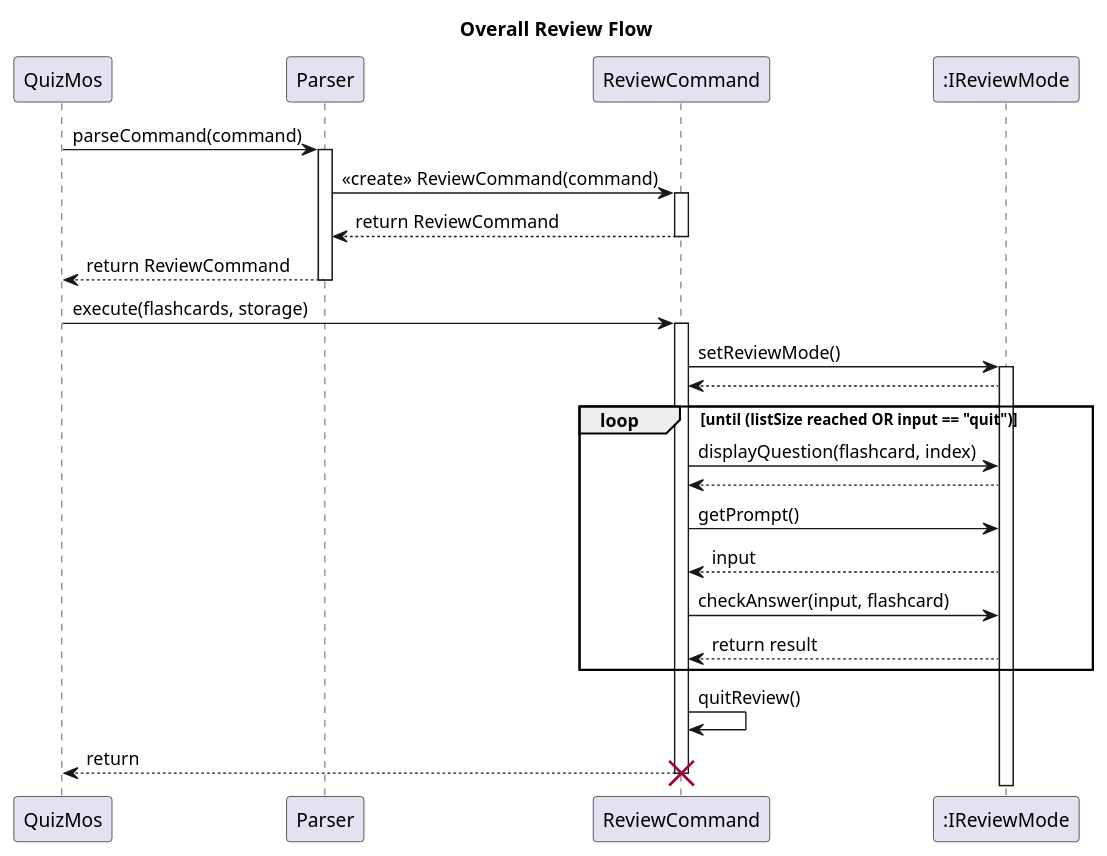
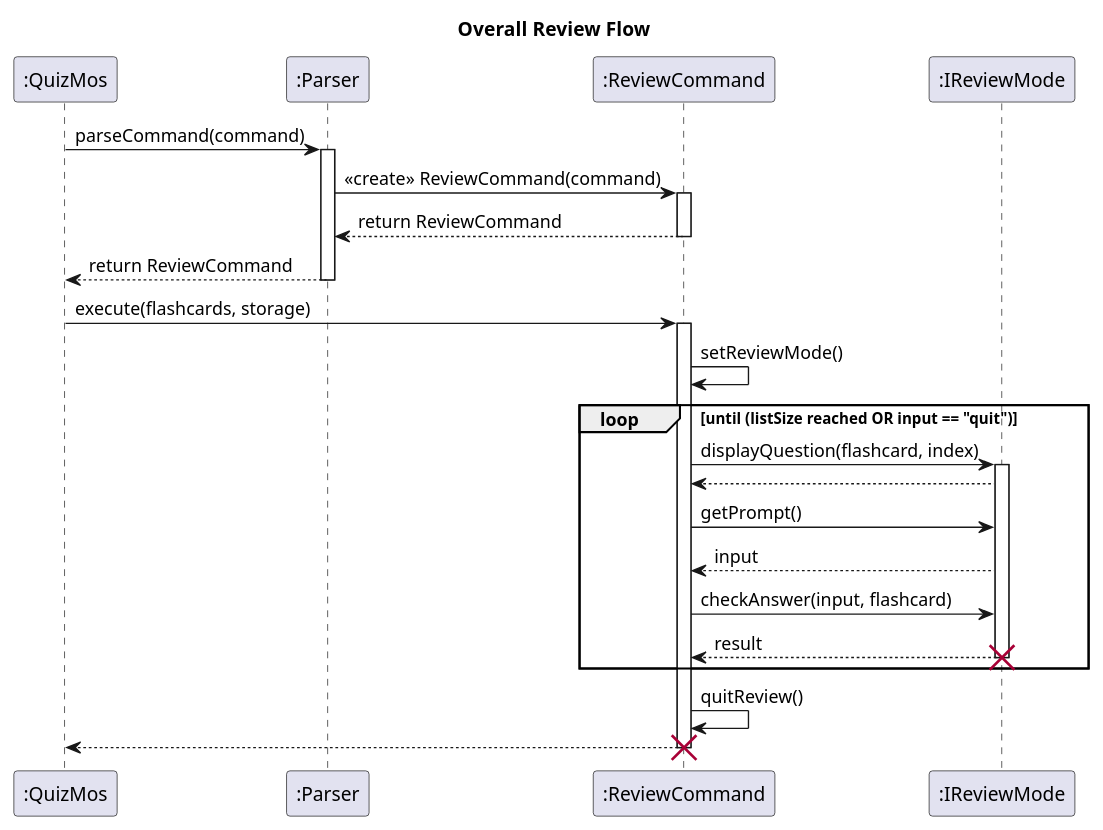
Before and after one commit to AY2526S1-CS2113-T11-1/tp: the diagram in docs/diagrams/ReviewFeature_Overall.puml, drawn with PlantUML. The commit also changed 6 other files, not shown here.

Commit message:
Add DG (overall architecture, review features), UG Quick start

```diff
--- a/docs/diagrams/ReviewFeature_Overall.puml
+++ b/docs/diagrams/ReviewFeature_Overall.puml
@@ -1,52 +1,51 @@
 @startuml ReviewFeature_Overall
 
 title Overall Review Flow
 
 skinparam sequenceReferenceBackgroundColor #f7807c
 
-participant QuizMos
-participant Parser
-participant ReviewCommand
-' Thêm IReviewMode để thể hiện Strategy Pattern
+participant ":QuizMos"
+participant ":Parser"
+participant ":ReviewCommand"
 participant ":IReviewMode" as IReviewMode
 
-QuizMos -> Parser: parseCommand(command)
-activate Parser
+":QuizMos" -> ":Parser": parseCommand(command)
+activate ":Parser"
 
-Parser -> ReviewCommand: <<create>> ReviewCommand(command)
-activate ReviewCommand
+":Parser" -> ":ReviewCommand": <<create>> ReviewCommand(command)
+activate ":ReviewCommand"
 
-ReviewCommand --> Parser: return ReviewCommand
-deactivate ReviewCommand
+":ReviewCommand" --> ":Parser": return ReviewCommand
+deactivate ":ReviewCommand"
 
-Parser --> QuizMos: return ReviewCommand
-deactivate Parser
+":Parser" --> ":QuizMos": return ReviewCommand
+deactivate ":Parser"
 
-QuizMos -> ReviewCommand: execute(flashcards, storage)
-activate ReviewCommand
+":QuizMos" -> ":ReviewCommand": execute(flashcards, storage)
+activate ":ReviewCommand"
 
 
-ReviewCommand -> IReviewMode: setReviewMode()
-activate IReviewMode
-
-IReviewMode --> ReviewCommand
-
+":ReviewCommand" -> ":ReviewCommand": setReviewMode()
 loop until (listSize reached OR input == "quit")
 
-    ReviewCommand -> IReviewMode: displayQuestion(flashcard, index)
-    IReviewMode --> ReviewCommand
+    ":ReviewCommand" -> IReviewMode: displayQuestion(flashcard, index)
+    activate IReviewMode
+    IReviewMode --> ":ReviewCommand"
 
-    ReviewCommand -> IReviewMode: getPrompt()
-    IReviewMode --> ReviewCommand: input
 
-    ReviewCommand -> IReviewMode: checkAnswer(input, flashcard)
-    IReviewMode --> ReviewCommand: return result
+    ":ReviewCommand" -> IReviewMode: getPrompt()
+    IReviewMode --> ":ReviewCommand": input
+
+    ":ReviewCommand" -> IReviewMode: checkAnswer(input, flashcard)
+    IReviewMode --> ":ReviewCommand": result
+    deactivate IReviewMode
+    destroy IReviewMode
 end
 
-ReviewCommand -> ReviewCommand: quitReview()
+":ReviewCommand" -> ":ReviewCommand": quitReview()
 
-ReviewCommand --> QuizMos: return
-deactivate ReviewCommand
-destroy ReviewCommand
+":ReviewCommand" --> ":QuizMos"
+deactivate ":ReviewCommand"
+destroy ":ReviewCommand"
 
 @enduml
```
